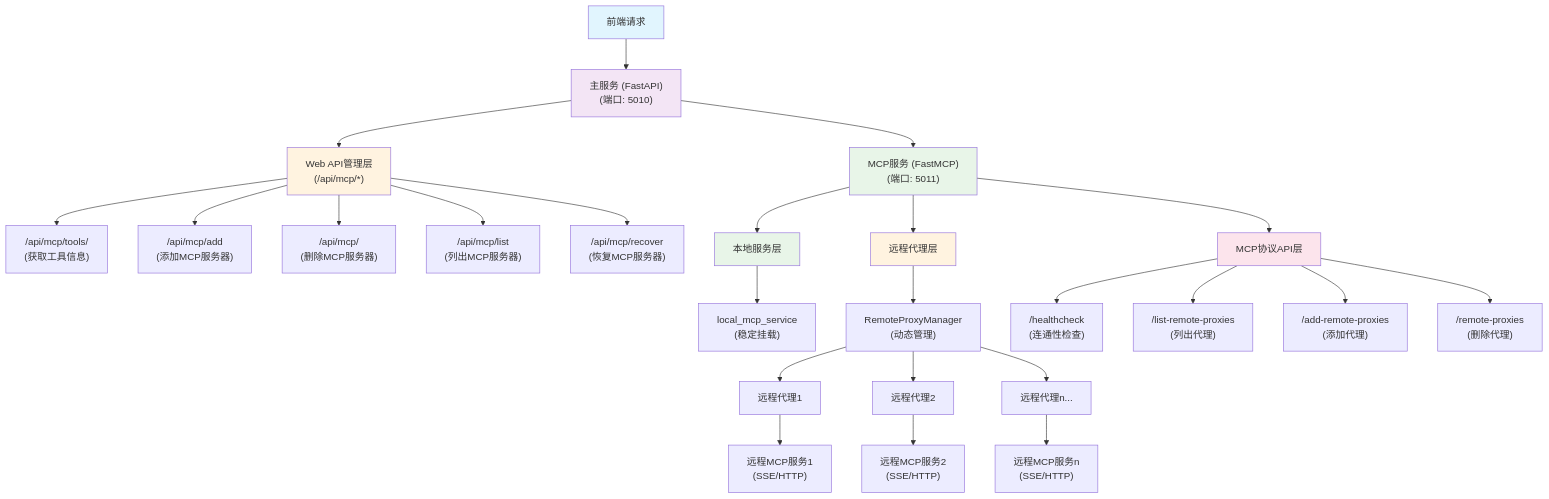
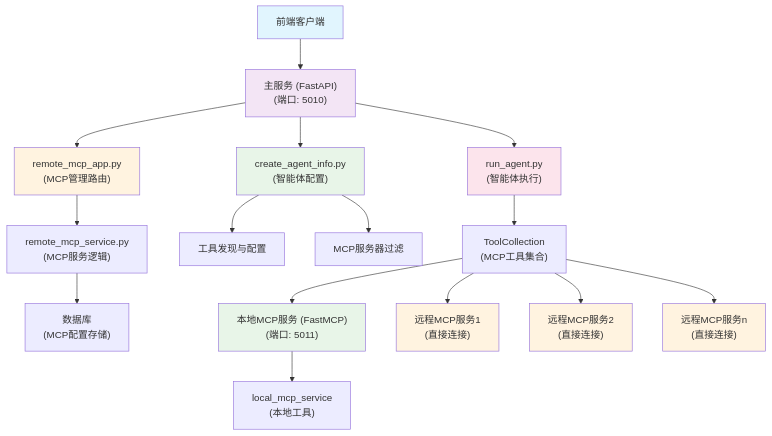
The first of 3 diagrams in doc/docs/zh/backend/tools/mcp.md (lim12137/clash-web), drawn with Mermaid before and after one commit. The commit also changed other lines of this file, not shown here.

Commit message:
📝 update mcp doc

````diff
--- a/doc/docs/zh/backend/tools/mcp.md
+++ b/doc/docs/zh/backend/tools/mcp.md
@@ -5,41 +23,31 @@
 ```mermaid
 graph TD
-    A["前端请求"] --> B["主服务 (FastAPI)<br/>(端口: 5010)"]
+    A["前端客户端"] --> B["主服务 (FastAPI)<br/>(端口: 5010)"]
     
-    B --> B1["Web API管理层<br/>(/api/mcp/*)"]
-    B1 --> B2["/api/mcp/tools/<br/>(获取工具信息)"]
-    B1 --> B3["/api/mcp/add<br/>(添加MCP服务器)"]
-    B1 --> B4["/api/mcp/<br/>(删除MCP服务器)"]
-    B1 --> B5["/api/mcp/list<br/>(列出MCP服务器)"]
-    B1 --> B6["/api/mcp/recover<br/>(恢复MCP服务器)"]
+    B --> B1["remote_mcp_app.py<br/>(MCP管理路由)"]
+    B1 --> B2["remote_mcp_service.py<br/>(MCP服务逻辑)"]
+    B2 --> B3["数据库<br/>(MCP配置存储)"]
     
-    B --> C["MCP服务 (FastMCP)<br/>(端口: 5011)"]
+    B --> C["create_agent_info.py<br/>(智能体配置)"]
+    C --> C1["工具发现与配置"]
+    C --> C2["MCP服务器过滤"]
     
-    C --> C1["本地服务层"]
-    C --> C2["远程代理层"]
-    C --> C3["MCP协议API层"]
+    B --> D["run_agent.py<br/>(智能体执行)"]
+    D --> D1["ToolCollection<br/>(MCP工具集合)"]
+    D1 --> E["本地MCP服务 (FastMCP)<br/>(端口: 5011)"]
+    D1 --> F1["远程MCP服务1<br/>(直接连接)"]
+    D1 --> F2["远程MCP服务2<br/>(直接连接)"]
+    D1 --> F3["远程MCP服务n<br/>(直接连接)"]
     
-    C1 --> C11["local_mcp_service<br/>(稳定挂载)"]
-    
-    C2 --> C21["RemoteProxyManager<br/>(动态管理)"]
-    C21 --> C22["远程代理1"]
-    C21 --> C23["远程代理2"]
-    C21 --> C24["远程代理n..."]
-    
-    C3 --> C31["/healthcheck<br/>(连通性检查)"]
-    C3 --> C32["/list-remote-proxies<br/>(列出代理)"]
-    C3 --> C33["/add-remote-proxies<br/>(添加代理)"]
-    C3 --> C34["/remote-proxies<br/>(删除代理)"]
-    
-    C22 --> D1["远程MCP服务1<br/>(SSE/HTTP)"]
-    C23 --> D2["远程MCP服务2<br/>(SSE/HTTP)"]
-    C24 --> D3["远程MCP服务n<br/>(SSE/HTTP)"]
+    E --> E1["local_mcp_service<br/>(本地工具)"]
     
     style A fill:#e1f5fe
     style B fill:#f3e5f5
+    style E fill:#e8f5e8
+    style B1 fill:#fff3e0
     style C fill:#e8f5e8
-    style B1 fill:#fff3e0
-    style C1 fill:#e8f5e8
-    style C2 fill:#fff3e0
-    style C3 fill:#fce4ec
+    style D fill:#fce4ec
+    style F1 fill:#fff3e0
+    style F2 fill:#fff3e0
+    style F3 fill:#fff3e0
 ```
````
